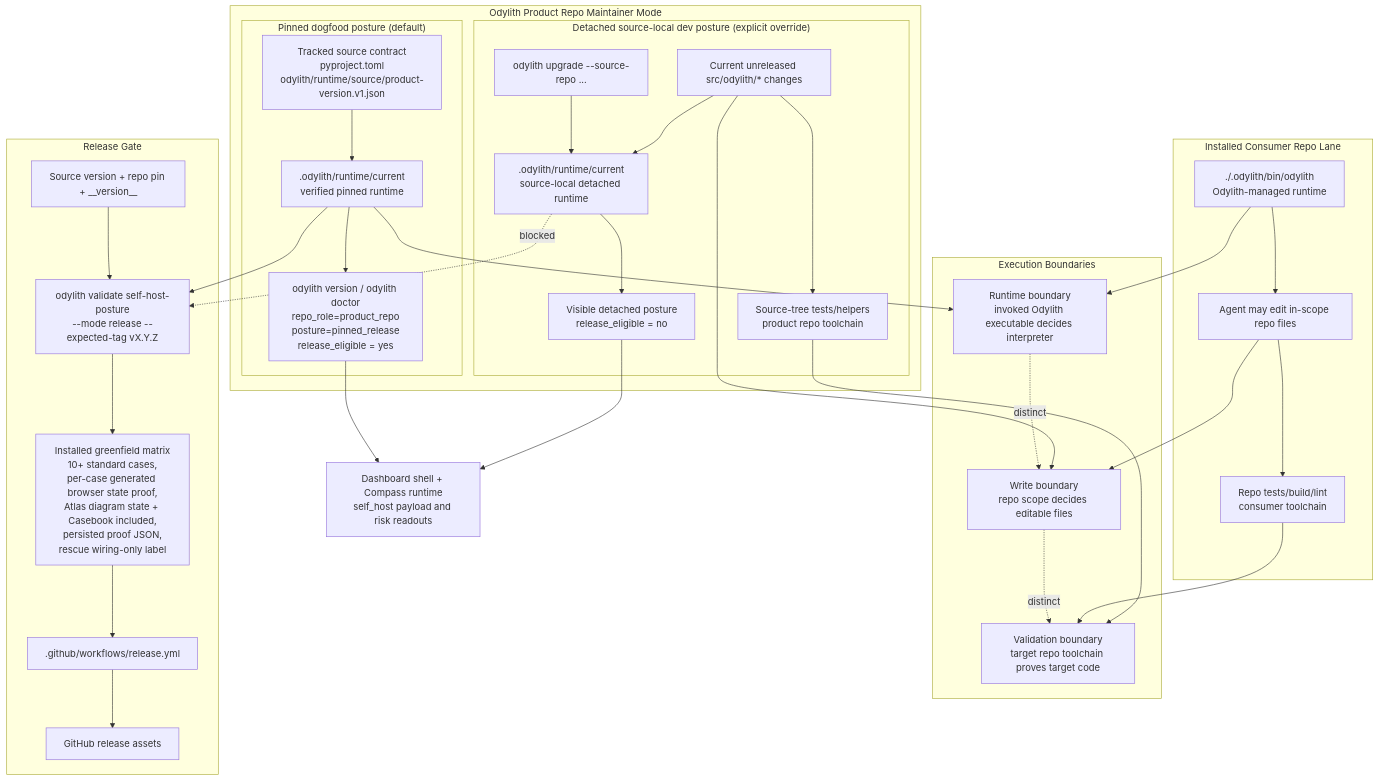
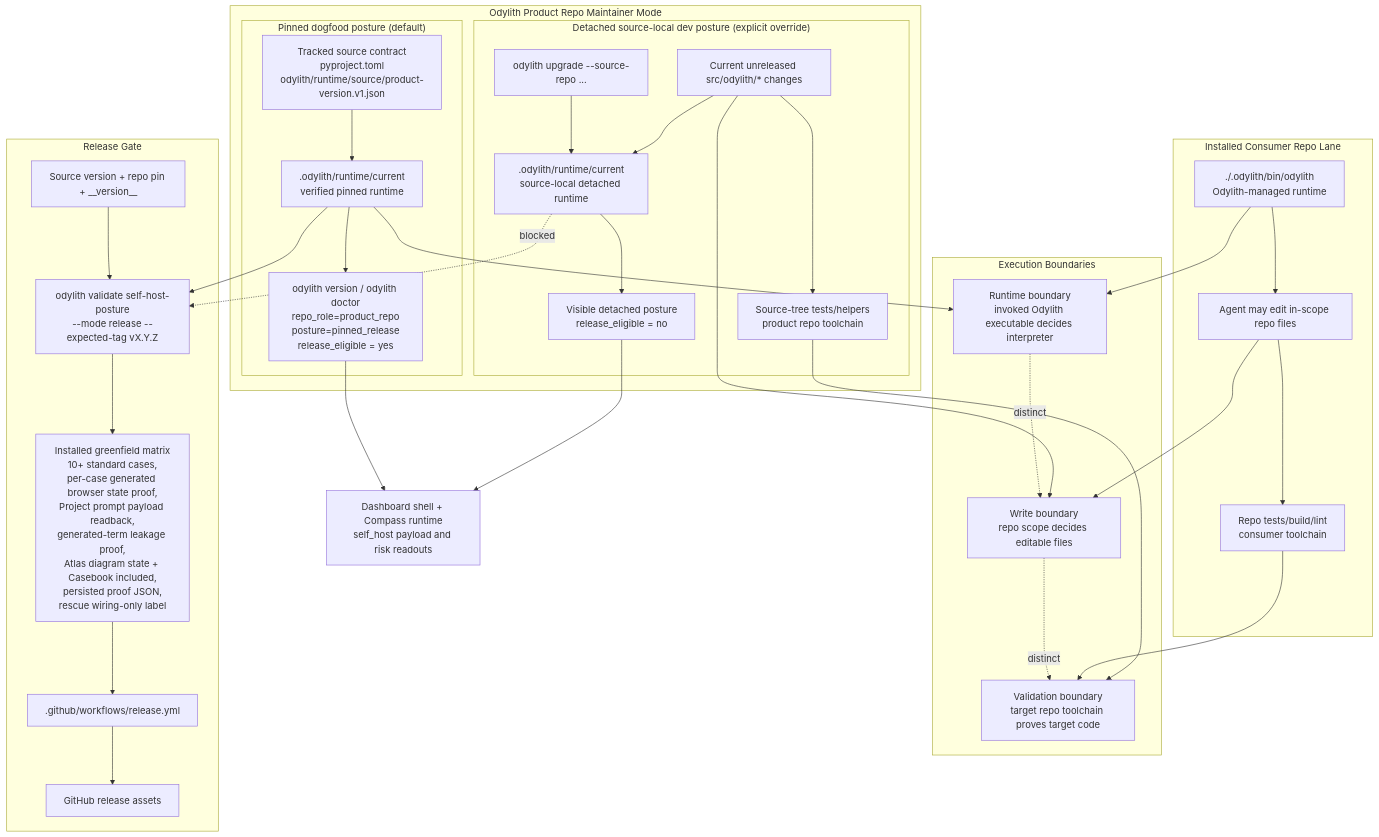
The diagram in odylith/atlas/source/odylith-self-host-runtime-and-release-gate.mmd (odylith/odylith), drawn with Mermaid before and after one commit. The commit also changed 36 other files, not shown here.

Commit message:
Harden greenfield artifact proof custody

```diff
--- a/odylith/atlas/source/odylith-self-host-runtime-and-release-gate.mmd
+++ b/odylith/atlas/source/odylith-self-host-runtime-and-release-gate.mmd
@@ -1,55 +1,55 @@
 flowchart TB
     subgraph Consumer["Installed Consumer Repo Lane"]
         ConsumerLauncher["./.odylith/bin/odylith<br/>Odylith-managed runtime"]
         ConsumerWrites["Agent may edit in-scope repo files"]
         ConsumerToolchain["Repo tests/build/lint<br/>consumer toolchain"]
         ConsumerLauncher --> ConsumerWrites --> ConsumerToolchain
     end
 
     subgraph Maintainer["Odylith Product Repo Maintainer Mode"]
         subgraph Dogfood["Pinned dogfood posture (default)"]
             Source["Tracked source contract<br/>pyproject.toml<br/>odylith/runtime/source/product-version.v1.json"]
             Runtime[".odylith/runtime/current<br/>verified pinned runtime"]
             Status["odylith version / odylith doctor<br/>repo_role=product_repo<br/>posture=pinned_release<br/>release_eligible = yes"]
             Source --> Runtime --> Status
         end
 
         subgraph Dev["Detached source-local dev posture (explicit override)"]
             Override["odylith upgrade --source-repo ..."]
             Detached[".odylith/runtime/current<br/>source-local detached runtime"]
             LiveSource["Current unreleased src/odylith/* changes"]
             DevHelpers["Source-tree tests/helpers<br/>product repo toolchain"]
             DetachedStatus["Visible detached posture<br/>release_eligible = no"]
             Override --> Detached --> DetachedStatus
             LiveSource --> Detached
             LiveSource --> DevHelpers
         end
     end
 
     subgraph Boundaries["Execution Boundaries"]
         RuntimeBoundary["Runtime boundary<br/>invoked Odylith executable decides interpreter"]
         WriteBoundary["Write boundary<br/>repo scope decides editable files"]
         ValidationBoundary["Validation boundary<br/>target repo toolchain proves target code"]
         RuntimeBoundary -. distinct .-> WriteBoundary
         WriteBoundary -. distinct .-> ValidationBoundary
     end
 
     subgraph Gate["Release Gate"]
         Pin["Source version + repo pin + __version__"]
         Validate["odylith validate self-host-posture<br/>--mode release --expected-tag vX.Y.Z"]
-        Matrix["Installed greenfield matrix<br/>10+ standard cases,<br/>per-case generated browser state proof,<br/>Atlas diagram state + Casebook included,<br/>persisted proof JSON,<br/>rescue wiring-only label"]
+        Matrix["Installed greenfield matrix<br/>10+ standard cases,<br/>per-case generated browser state proof,<br/>Project prompt payload readback,<br/>generated-term leakage proof,<br/>Atlas diagram state + Casebook included,<br/>persisted proof JSON,<br/>rescue wiring-only label"]
         Workflow[".github/workflows/release.yml"]
         Publish["GitHub release assets"]
         Pin --> Validate --> Matrix --> Workflow --> Publish
     end
 
     ConsumerLauncher --> RuntimeBoundary
     ConsumerWrites --> WriteBoundary
     ConsumerToolchain --> ValidationBoundary
     Runtime --> RuntimeBoundary
     LiveSource --> WriteBoundary
     DevHelpers --> ValidationBoundary
     Runtime --> Validate
     Detached -. blocked .-> Validate
     Status --> Readouts["Dashboard shell + Compass runtime<br/>self_host payload and risk readouts"]
     DetachedStatus --> Readouts
```
